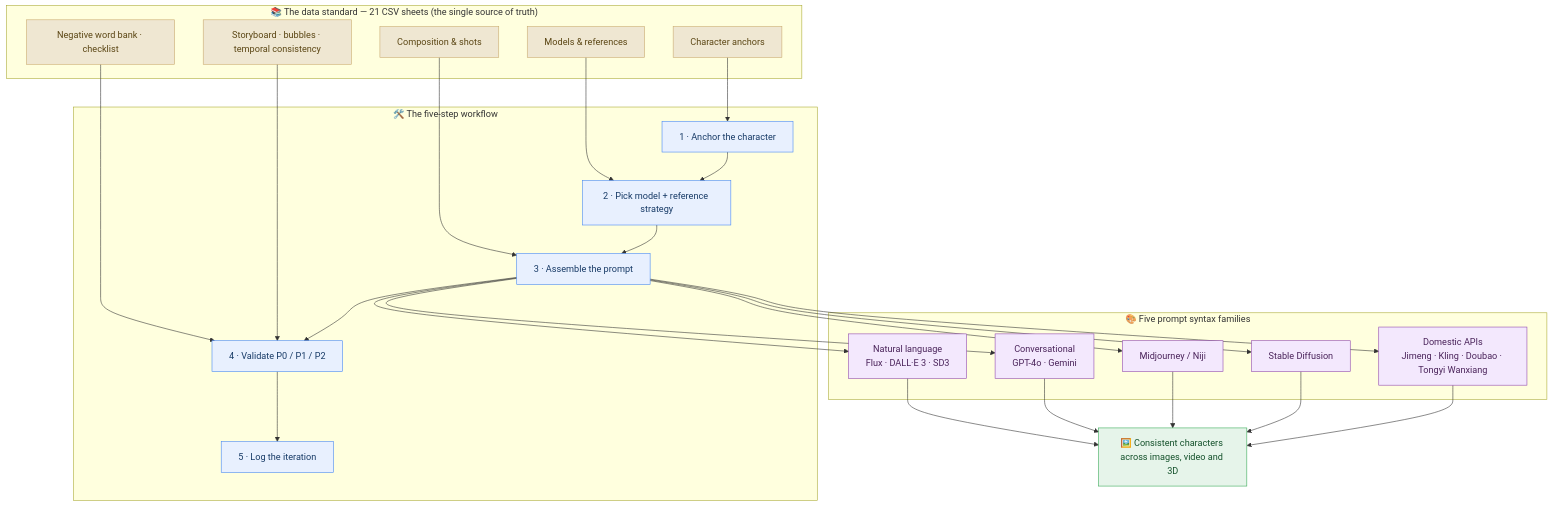
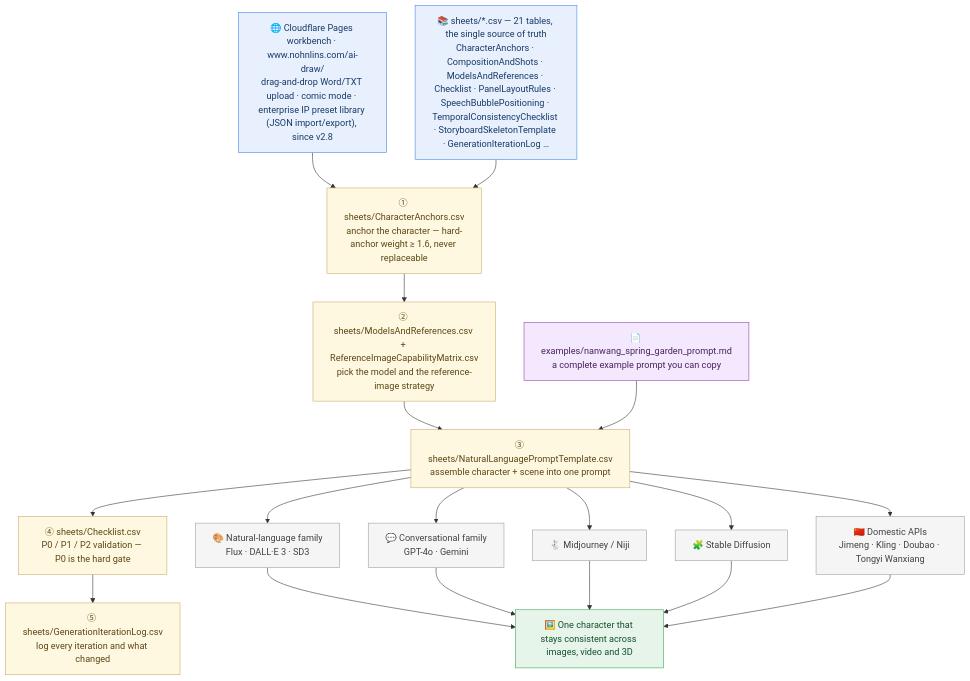
One commit to NOHN-AI/ai-draw changed the diagram in README.md. Above: the diagram before and after it, drawn with Mermaid. The commit also changed other lines of this file and 1 other file, not shown here.

Commit message:
docs: redraw architecture as a module-level flowchart (EN+ZH)

````diff
--- a/README.md
+++ b/README.md
@@ -62,57 +62,49 @@
 ```mermaid
 flowchart TB
-    subgraph DATA["📚 The data standard — 21 CSV sheets (the single source of truth)"]
-        D1["Character anchors"]
-        D2["Composition &amp; shots"]
-        D3["Models &amp; references"]
-        D4["Negative word bank · checklist"]
-        D5["Storyboard · bubbles · temporal consistency"]
-    end
+    WB["🌐 Cloudflare Pages workbench · www.nohnlins.com/ai-draw/<br/>drag-and-drop Word/TXT upload · comic mode · enterprise IP preset library (JSON import/export), since v2.8"]
+    DATA["📚 sheets/*.csv — 21 tables, the single source of truth<br/>CharacterAnchors · CompositionAndShots · ModelsAndReferences · Checklist · PanelLayoutRules · SpeechBubblePositioning · TemporalConsistencyChecklist · StoryboardSkeletonTemplate · GenerationIterationLog …"]
 
-    subgraph FLOW["🛠️ The five-step workflow"]
-        S1["1 · Anchor the character"]
-        S2["2 · Pick model + reference strategy"]
-        S3["3 · Assemble the prompt"]
-        S4["4 · Validate P0 / P1 / P2"]
-        S5["5 · Log the iteration"]
-    end
+    S1["① sheets/CharacterAnchors.csv<br/>anchor the character — hard-anchor weight ≥ 1.6, never replaceable"]
+    S2["② sheets/ModelsAndReferences.csv + ReferenceImageCapabilityMatrix.csv<br/>pick the model and the reference-image strategy"]
+    S3["③ sheets/NaturalLanguagePromptTemplate.csv<br/>assemble character + scene into one prompt"]
+    S4["④ sheets/Checklist.csv<br/>P0 / P1 / P2 validation — P0 is the hard gate"]
+    S5["⑤ sheets/GenerationIterationLog.csv<br/>log every iteration and what changed"]
 
-    subgraph FAM["🎨 Five prompt syntax families"]
-        M1["Natural language<br/>Flux · DALL·E 3 · SD3"]
-        M2["Conversational<br/>GPT-4o · Gemini"]
-        M3["Midjourney / Niji"]
-        M4["Stable Diffusion"]
-        M5["Domestic APIs<br/>Jimeng · Kling · Doubao · Tongyi Wanxiang"]
-    end
+    M1["🎨 Natural-language family<br/>Flux · DALL·E 3 · SD3"]
+    M2["💬 Conversational family<br/>GPT-4o · Gemini"]
+    M3["🐇 Midjourney / Niji"]
+    M4["🧩 Stable Diffusion"]
+    M5["🇨🇳 Domestic APIs<br/>Jimeng · Kling · Doubao · Tongyi Wanxiang"]
 
-    RESULT["🖼️ Consistent characters across images, video and 3D"]
+    EX["📄 examples/nanwang_spring_garden_prompt.md<br/>a complete example prompt you can copy"]
+    RESULT["🖼️ One character that stays consistent across images, video and 3D"]
 
-    D1 --> S1
-    D3 --> S2
-    D2 --> S3
-    D4 --> S4
-    D5 --> S4
+    WB --> S1
+    DATA --> S1
     S1 --> S2
     S2 --> S3
     S3 --> S4
     S4 --> S5
     S3 --> M1
     S3 --> M2
     S3 --> M3
     S3 --> M4
     S3 --> M5
     M1 --> RESULT
     M2 --> RESULT
     M3 --> RESULT
     M4 --> RESULT
     M5 --> RESULT
+    EX --> S3
 
-    classDef cData fill:#EFE7D2,stroke:#C9A96E,stroke-width:1px,color:#5B4614
-    classDef cFlow fill:#E8F0FE,stroke:#4285F4,stroke-width:1px,color:#173A66
-    classDef cFam fill:#F3E8FD,stroke:#8E44AD,stroke-width:1px,color:#4A235A
+    classDef cUp fill:#F5F5F5,stroke:#9E9E9E,stroke-width:1px,color:#424242
+    classDef cIn fill:#E8F0FE,stroke:#4285F4,stroke-width:1px,color:#173A66
+    classDef cCore fill:#FFF8E1,stroke:#C9A96E,stroke-width:1px,color:#5B4614
+    classDef cSide fill:#F3E8FD,stroke:#8E44AD,stroke-width:1px,color:#4A235A
     classDef cOut fill:#E6F4EA,stroke:#34A853,stroke-width:1px,color:#14512B
-    class D1,D2,D3,D4,D5 cData
-    class S1,S2,S3,S4,S5 cFlow
-    class M1,M2,M3,M4,M5 cFam
+    class WB,DATA cIn
+    class S1,S2,S3,S4,S5 cCore
+    class M1,M2,M3,M4,M5 cUp
+    class EX cSide
     class RESULT cOut
 ```
````
